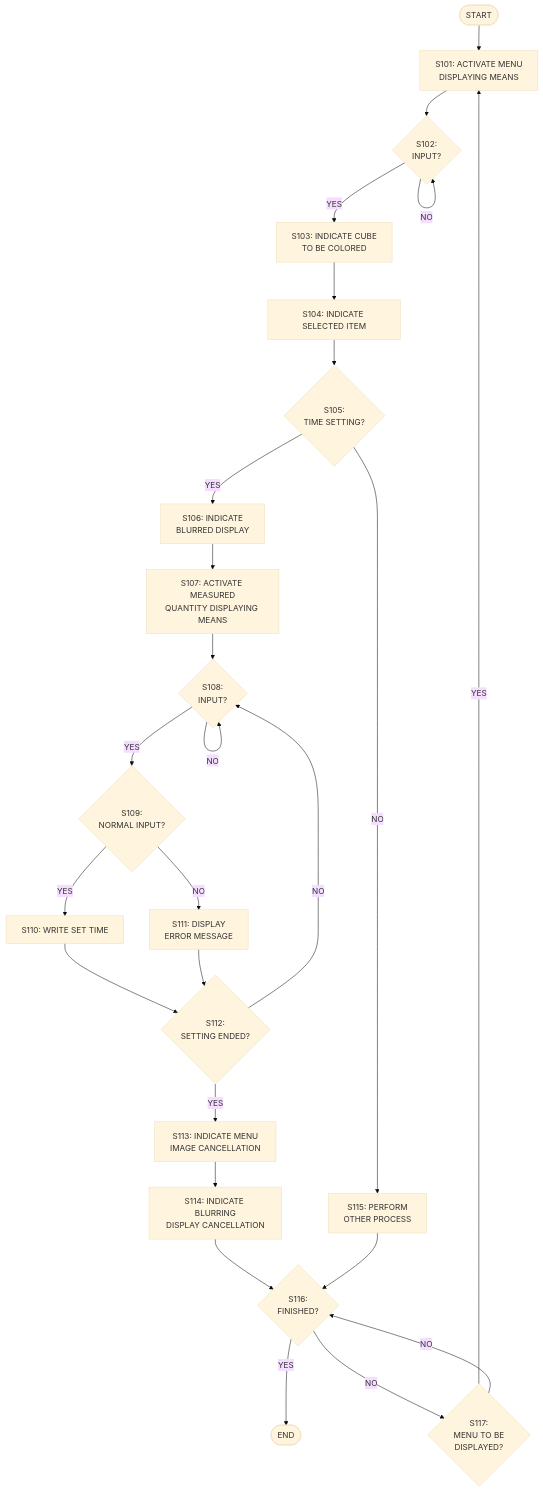
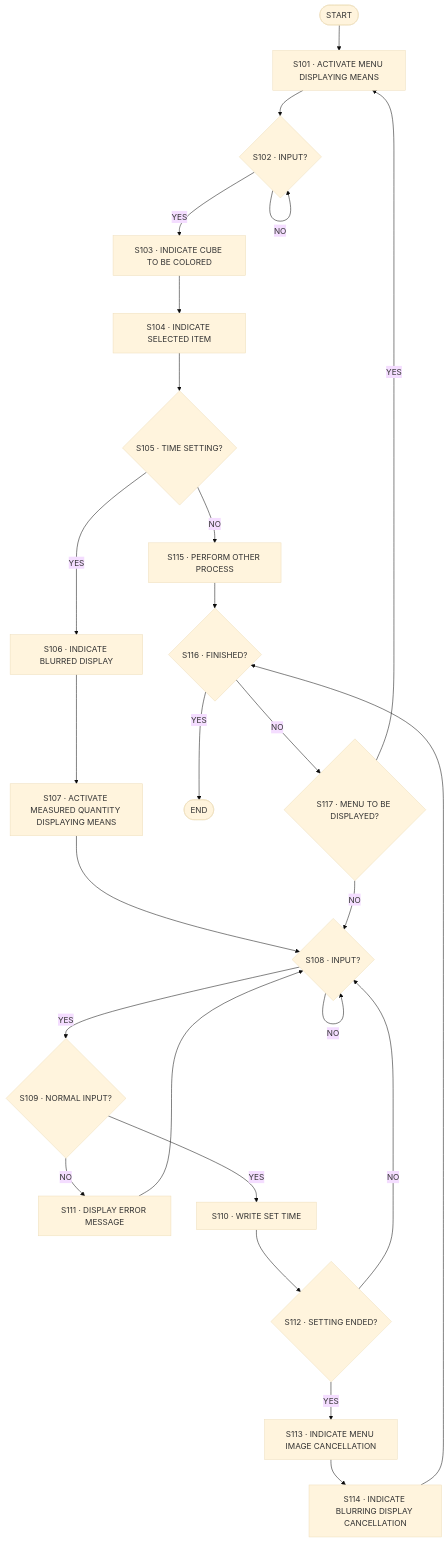
One commit to JeanxPereira/CrystalClockVK changed the eighth of 11 diagrams in docs/clock_patent/US6693606.md. Above: the diagram before and after it, drawn with Mermaid (base theme). The commit also changed other lines of this file and 3 other files, not shown here.

````diff
--- a/docs/clock_patent/US6693606.md
+++ b/docs/clock_patent/US6693606.md
@@ -851,28 +344,28 @@
 ```mermaid
 flowchart TD
-    START([START]) --> S101["S101: ACTIVATE MENU\nDISPLAYING MEANS"]
-    S101 --> S102{S102:\nINPUT?}
-    S102 -- NO --> S102
-    S102 -- YES --> S103["S103: INDICATE CUBE\nTO BE COLORED"]
-    S103 --> S104["S104: INDICATE SELECTED ITEM"]
-    S104 --> S105{S105:\nTIME SETTING?}
-    S105 -- YES --> S106["S106: INDICATE\nBLURRED DISPLAY"]
-    S106 --> S107["S107: ACTIVATE MEASURED\nQUANTITY DISPLAYING MEANS"]
-    S107 --> S108{S108:\nINPUT?}
-    S108 -- NO --> S108
-    S108 -- YES --> S109{S109:\nNORMAL INPUT?}
-    S109 -- YES --> S110["S110: WRITE SET TIME"]
-    S109 -- NO --> S111["S111: DISPLAY\nERROR MESSAGE"]
-    S110 --> S112{S112:\nSETTING ENDED?}
-    S111 --> S112
-    S112 -- NO --> S108
-    S112 -- YES --> S113["S113: INDICATE MENU\nIMAGE CANCELLATION"]
-    S113 --> S114["S114: INDICATE BLURRING\nDISPLAY CANCELLATION"]
-    S105 -- NO --> S115["S115: PERFORM\nOTHER PROCESS"]
-    S114 --> S116{S116:\nFINISHED?}
-    S115 --> S116
-    S116 -- YES --> END([END])
-    S116 -- NO --> S117{S117:\nMENU TO BE\nDISPLAYED?}
-    S117 -- YES --> S101
-    S117 -- NO --> S116
+    START([START]) --> S101
+    S101["S101 · ACTIVATE MENU DISPLAYING MEANS"] --> S102
+    S102{"S102 · INPUT?"} -- NO --> S102
+    S102 -- YES --> S103
+    S103["S103 · INDICATE CUBE TO BE COLORED"] --> S104
+    S104["S104 · INDICATE SELECTED ITEM"] --> S105
+    S105{"S105 · TIME SETTING?"} -- NO --> S115
+    S105 -- YES --> S106
+    S115["S115 · PERFORM OTHER PROCESS"] --> S116
+    S106["S106 · INDICATE BLURRED DISPLAY"] --> S107
+    S107["S107 · ACTIVATE MEASURED QUANTITY DISPLAYING MEANS"] --> S108
+    S108{"S108 · INPUT?"} -- NO --> S108
+    S108 -- YES --> S109
+    S109{"S109 · NORMAL INPUT?"} -- NO --> S111
+    S109 -- YES --> S110
+    S111["S111 · DISPLAY ERROR MESSAGE"] --> S108
+    S110["S110 · WRITE SET TIME"] --> S112
+    S112{"S112 · SETTING ENDED?"} -- NO --> S108
+    S112 -- YES --> S113
+    S113["S113 · INDICATE MENU IMAGE CANCELLATION"] --> S114
+    S114["S114 · INDICATE BLURRING DISPLAY CANCELLATION"] --> S116
+    S116{"S116 · FINISHED?"} -- YES --> END([END])
+    S116 -- NO --> S117
+    S117{"S117 · MENU TO BE DISPLAYED?"} -- YES --> S101
+    S117 -- NO --> S108
 ```
````
